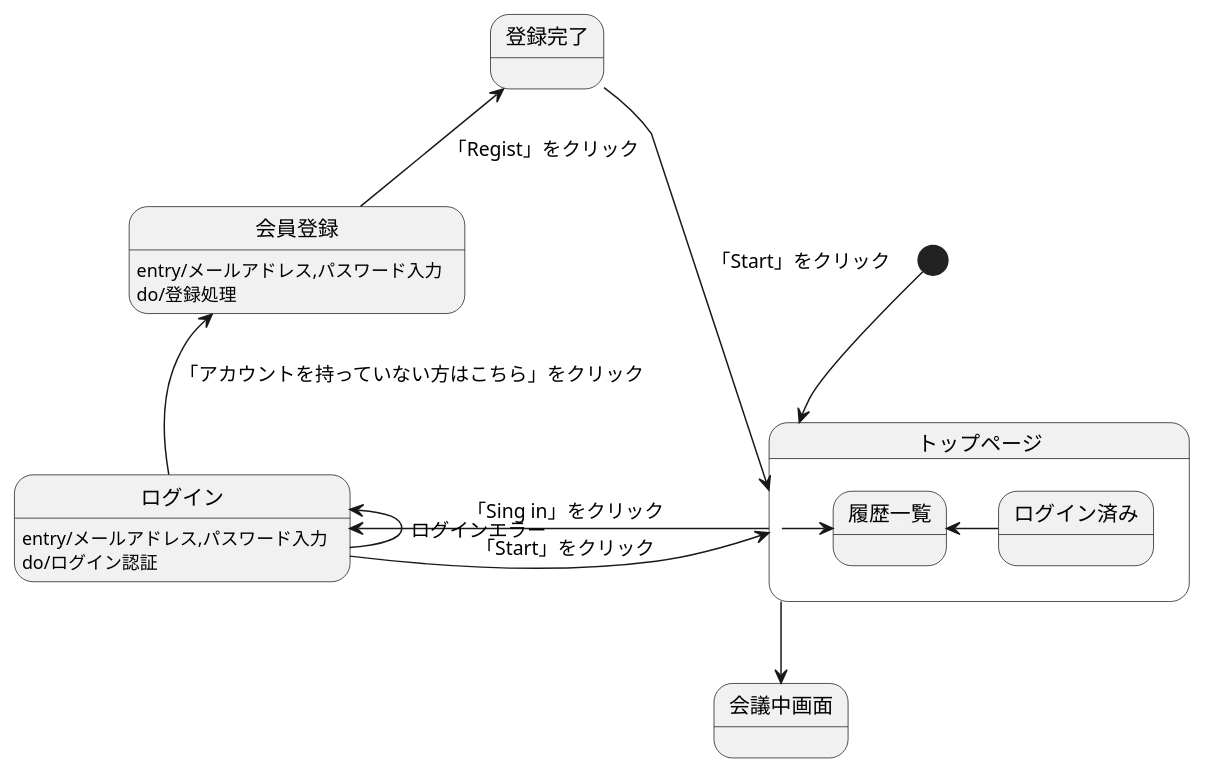
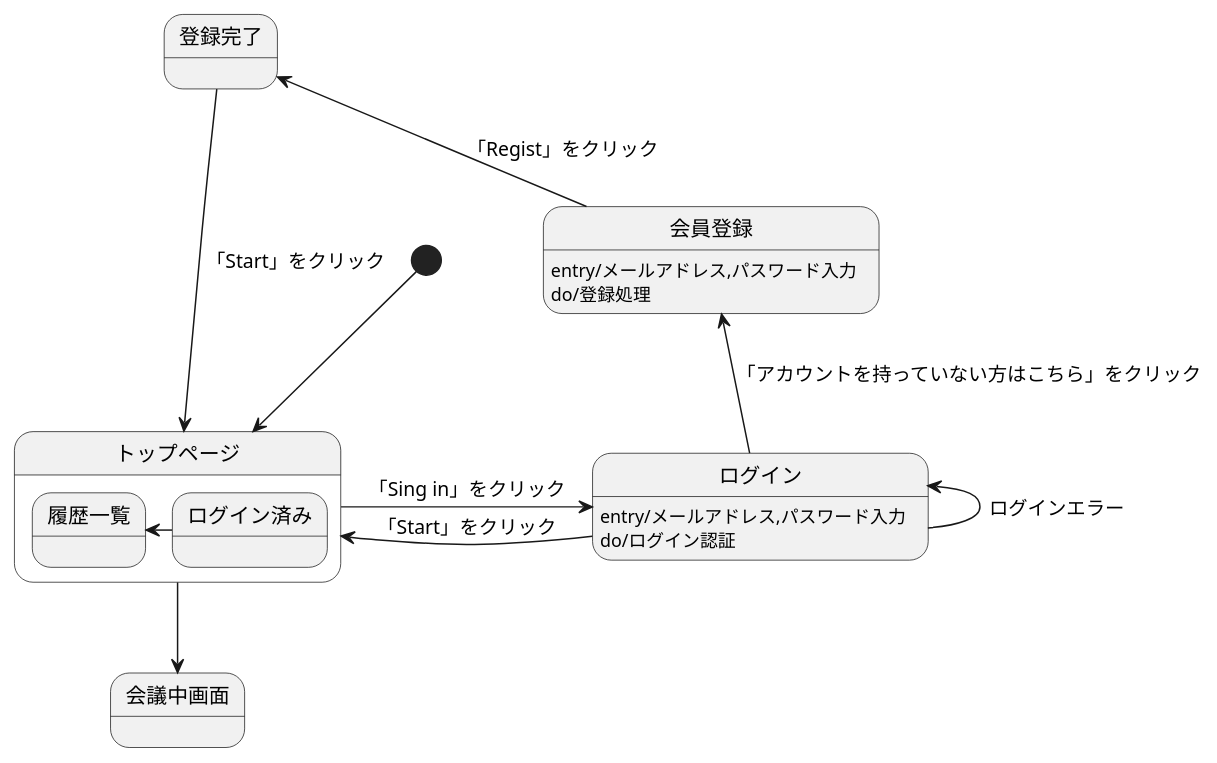
The diagram in 画面遷移図.md (Aso2001031/2021sys-design), drawn with PlantUML before and after one commit.

````diff
--- a/画面遷移図.md
+++ b/画面遷移図.md
@@ -1,30 +1,29 @@
 ```uml
 @startuml
 
 [*] -down-> トップページ
 
 State トップページ {
   state ログイン済み {
   
   }
   ログイン済み -left-> 履歴一覧
 }
 トップページ -right-> ログイン :「Sing in」をクリック
-トップページ -left-> 履歴一覧
 トップページ -down-> 会議中画面
 
 
 ログイン : entry/メールアドレス,パスワード入力
 ログイン : do/ログイン認証
 ログイン -left-> トップページ :「Start」をクリック
 ログイン -up-> 会員登録 :「アカウントを持っていない方はこちら」をクリック
 ログイン -up-> ログイン :ログインエラー
 
 会員登録 : entry/メールアドレス,パスワード入力
 会員登録 : do/登録処理
 会員登録 -up-> 登録完了 : 「Regist」をクリック
 
 登録完了 -> トップページ :「Start」をクリック
 
 @enduml
 ```
````
